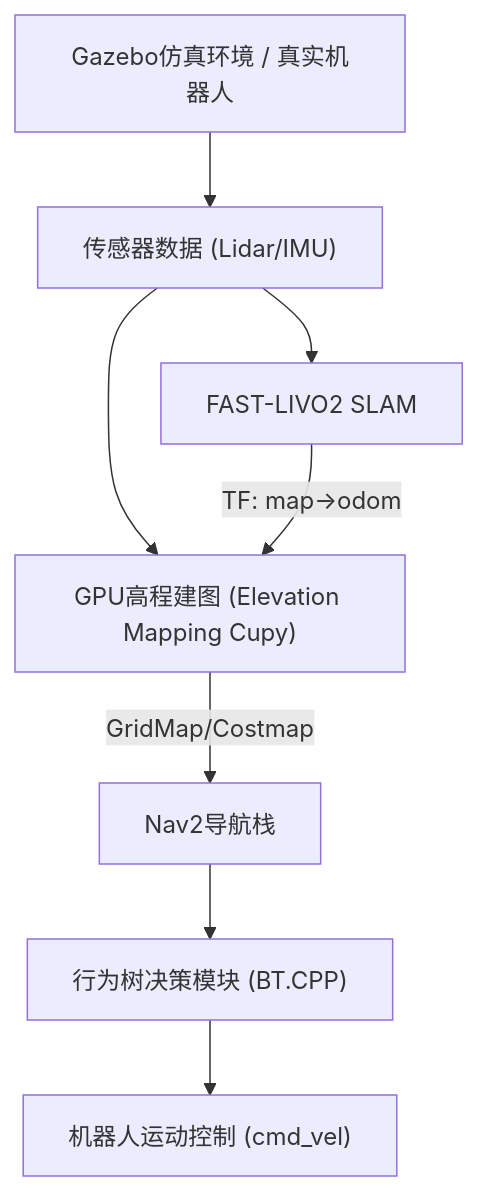
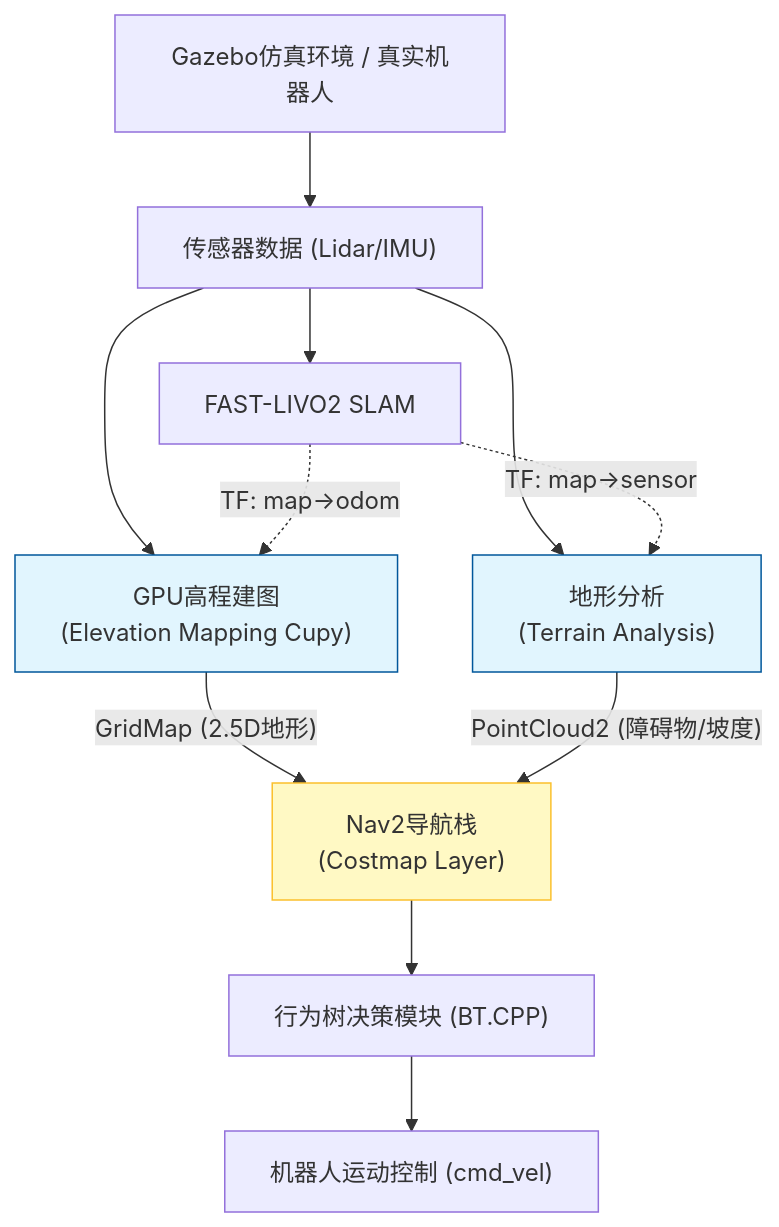
Before and after one commit to OH1412/SCURC_Nav_Sim: the diagram in README.md, drawn with Mermaid.

Commit message:
修改流程图以更好地反映当前设计。

````diff
--- a/README.md
+++ b/README.md
@@ -39,10 +39,28 @@
 ```mermaid
 graph TD
     A["Gazebo仿真环境 / 真实机器人"] --> B["传感器数据 (Lidar/IMU)"]
+    
+    %% SLAM 部分
     B --> C["FAST-LIVO2 SLAM"]
-    B --> D["GPU高程建图 (Elevation Mapping Cupy)"]
-    C -->|"TF: map->odom"| D
-    D -->|"GridMap/Costmap"| E["Nav2导航栈"]
+    
+    %% 双流感知部分 - 平行关系
+    B --> D1["GPU高程建图<br>(Elevation Mapping Cupy)"]
+    B --> D2["地形分析<br>(Terrain Analysis)"]
+    
+    %% TF 变换关系
+    C -.->|"TF: map->odom"| D1
+    C -.->|"TF: map->sensor"| D2
+    
+    %% 数据融合到 Nav2
+    D1 -->|"GridMap (2.5D地形)"| E["Nav2导航栈<br>(Costmap Layer)"]
+    D2 -->|"PointCloud2 (障碍物/坡度)"| E
+    
+    %% 决策与控制
     E --> F["行为树决策模块 (BT.CPP)"]
     F --> G["机器人运动控制 (cmd_vel)"]
+    
+    %% 样式调整（可选，让图更清晰）
+    style D1 fill:#e1f5fe,stroke:#01579b
+    style D2 fill:#e1f5fe,stroke:#01579b
+    style E fill:#fff9c4,stroke:#fbc02d
 ```
````
